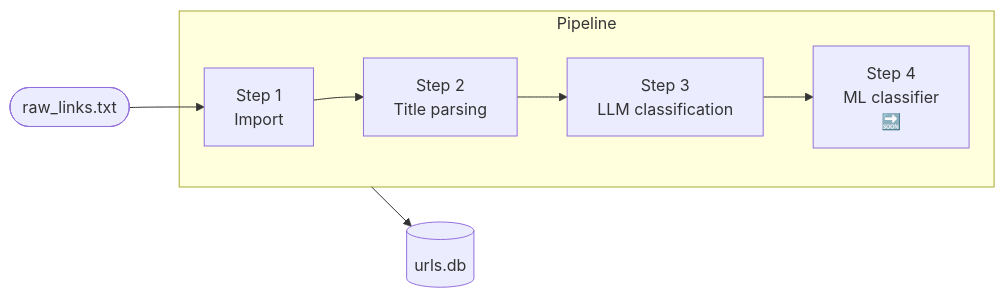
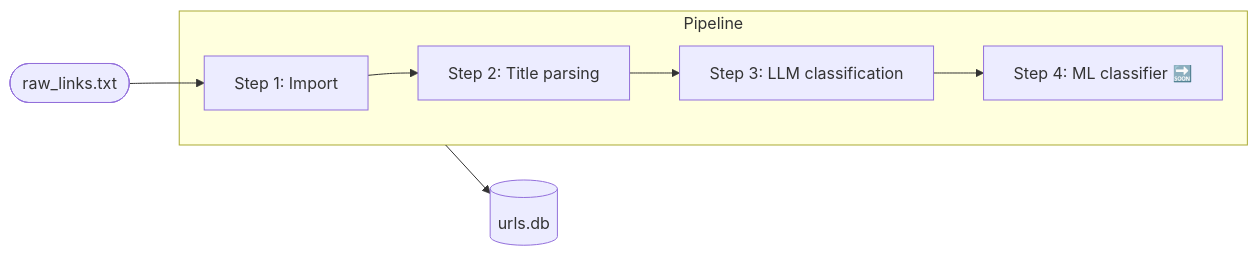
The first of 4 diagrams in README.md (ioncat/web-page-classifier), drawn with Mermaid before and after one commit. The commit also changed other lines of this file, not shown here.

Commit message:
fix: replace <br/> with text in Mermaid diagrams for GitHub compatibility

````diff
--- a/README.md
+++ b/README.md
@@ -31,13 +31,13 @@
 ```mermaid
 flowchart LR
     A([raw_links.txt]) --> B
 
     subgraph pipeline ["Pipeline"]
-        B["Step 1<br/>Import"]
-        B --> C["Step 2<br/>Title parsing"]
-        C --> D["Step 3<br/>LLM classification"]
-        D --> E["Step 4<br/>ML classifier<br/>🔜"]
+        B["Step 1: Import"]
+        B --> C["Step 2: Title parsing"]
+        C --> D["Step 3: LLM classification"]
+        D --> E["Step 4: ML classifier 🔜"]
     end
 
     pipeline --> F[(urls.db)]
 ```
````
